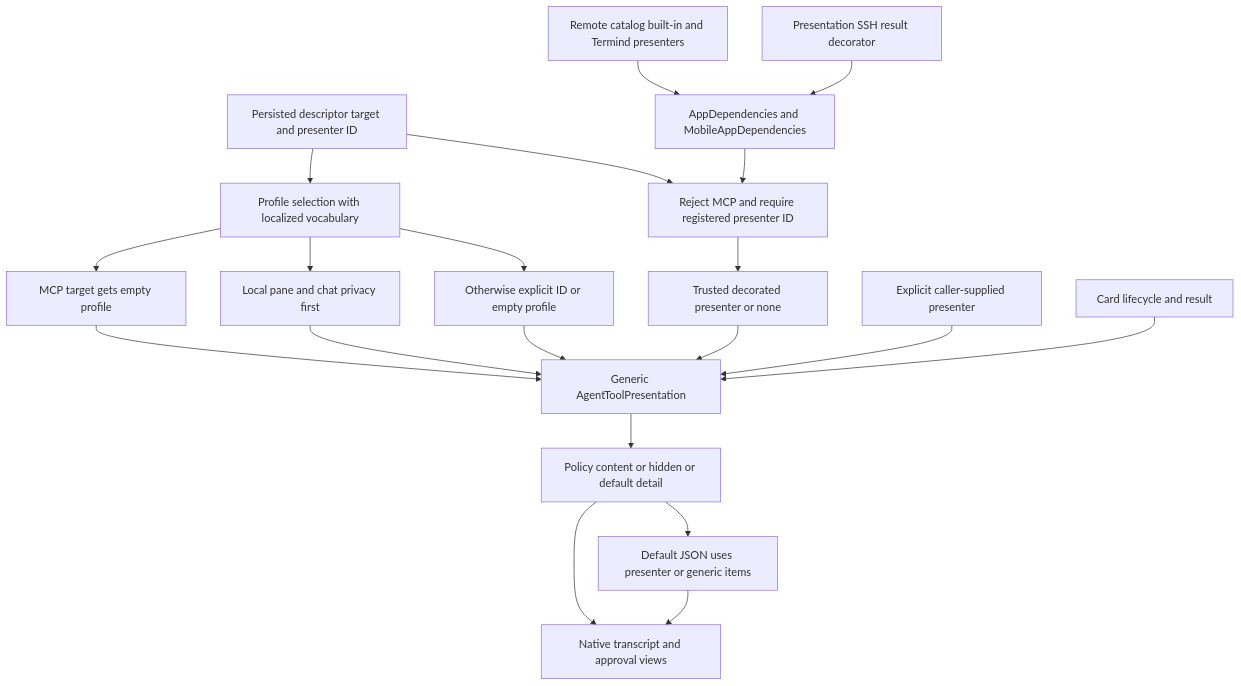
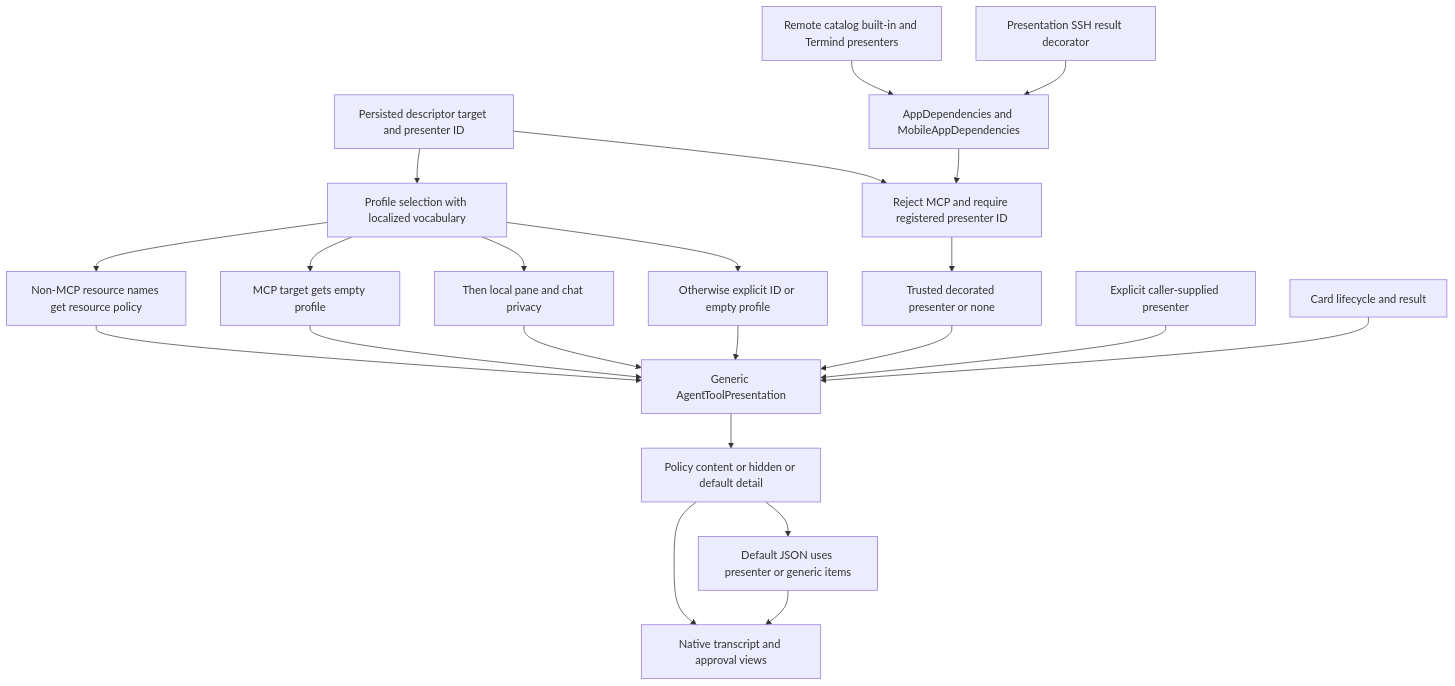
Before and after one commit to AkinoKaede/Termind: the sixth of 7 diagrams in openwiki/architecture/system-boundaries.md, drawn with Mermaid. The commit also changed other lines of this file and 59 other files, not shown here.

````diff
--- a/openwiki/architecture/system-boundaries.md
+++ b/openwiki/architecture/system-boundaries.md
@@ -311,22 +319,24 @@
 ```mermaid
 flowchart TD
     Catalog["Remote catalog built-in and Termind presenters"] --> Apps["AppDependencies and MobileAppDependencies"]
     Decorator["Presentation SSH result decorator"] --> Apps
     Descriptor["Persisted descriptor target and presenter ID"] --> Lookup["Reject MCP and require registered presenter ID"]
     Apps --> Lookup
     Lookup --> Presenter["Trusted decorated presenter or none"]
     Descriptor --> Profiles["Profile selection with localized vocabulary"]
     Profiles --> MCP["MCP target gets empty profile"]
-    Profiles --> Local["Local pane and chat privacy first"]
+    Profiles --> Resource["Non-MCP resource names get resource policy"]
+    Profiles --> Local["Then local pane and chat privacy"]
     Profiles --> ID["Otherwise explicit ID or empty profile"]
+    Resource --> Renderer
     MCP --> Renderer["Generic AgentToolPresentation"]
     Local --> Renderer
     ID --> Renderer
     Presenter --> Renderer
     Explicit["Explicit caller-supplied presenter"] --> Renderer
     Card["Card lifecycle and result"] --> Renderer
     Renderer --> Detail["Policy content or hidden or default detail"]
     Detail --> Default["Default JSON uses presenter or generic items"]
     Detail --> Native["Native transcript and approval views"]
     Default --> Native
 ```
````
